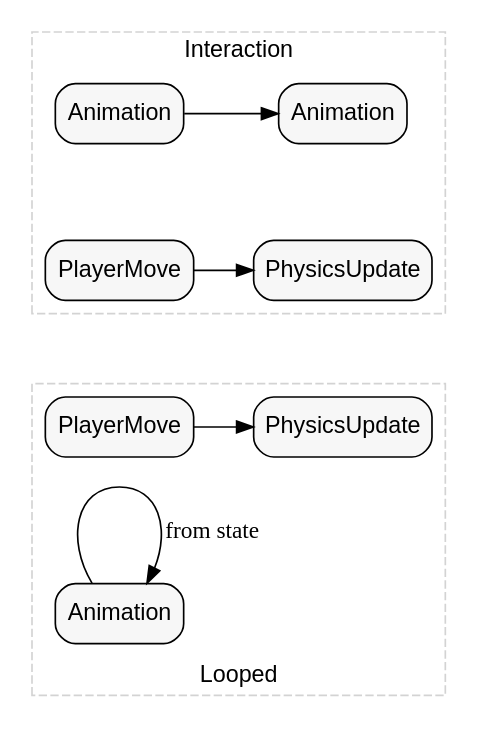
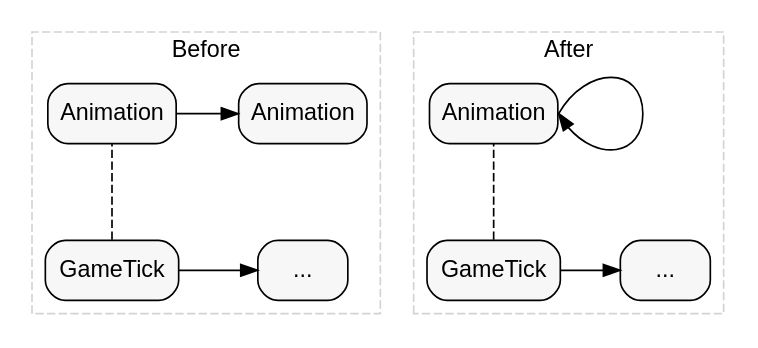
The third of 5 diagrams in posts/event-centric-games/Game-Loops.org (Pancakey8/blog), drawn with Graphviz before and after one commit. The commit also changed other lines of this file, not shown here.

Commit message:
Third post

```diff
--- a/posts/event-centric-games/Game-Loops.org
+++ b/posts/event-centric-games/Game-Loops.org
@@ -44,42 +92,39 @@
-#+BEGIN_SRC dot :file game-loops-prim-1.svg :exports results
+#+BEGIN_SRC dot :file game-loops-primitive.svg :exports results
   digraph G {
       rankdir=LR;
       fontname="Arial";
       nodesep=0.8;
 
       node [shape=circle, style="rounded,filled", width=0.6, fixedsize=true, fillcolor="#e1f5fe", fontname="Arial"];
 
       node [shape=box, fillcolor="#f7f7f7", width=default, fixedsize=false];
 
-      subgraph cluster_post {
-          label="Looped";
-          style=dashed;
-          color=lightgrey;
-          labelloc=b;
-
-          { rank=same; PlayerMove1; Animation1; }
-
-          Animation1 -> Animation1 [headlabel="from state",labeldistance=5];
-
-          PlayerMove1 -> PhysicsUpdate1;
-
-          Animation1 -> PlayerMove1 [style=invis];
-
-          Animation1 [label="Animation"];
-          PlayerMove1 [label="PlayerMove"];
-          PhysicsUpdate1 [label="PhysicsUpdate"];
-      }
-
-      subgraph cluster_pre {
-          label="Interaction";
+      subgraph cluster_looped {
+          label="After";
           style=dashed;
           color=lightgrey;
           labelloc=t;
+          GameTick -> Dots;
+          Animation -> Animation [headport=e, tailport=e];
+          GameTick -> Animation [style="dashed", dir=none];
+          Dots [label="..."];
+          { rank=same; GameTick; Animation; }
+      }
 
-          Animation -> Animation2;
-          Animation2 [label="Animation"];
-
-          PlayerMove -> PhysicsUpdate;
+      subgraph cluster_unlooped {
+          label="Before";
+          style=dashed;
+          color=lightgrey;
+          labelloc=t;
+          GameTickt -> Dotst;
+          Animationt -> Animationt2;
+          GameTickt -> Animationt [style="dashed", dir=none];
+          Dotst [label="..."];
+          GameTickt [label="GameTick"];
+          Animationt [label="Animation"];
+          Animationt2 [label="Animation"];
+          { rank=same; GameTickt; Animationt; }
+          { rank=same; Animationt2 -> Animation [style=invis]; }
       }
   }
 #+END_SRC
```
